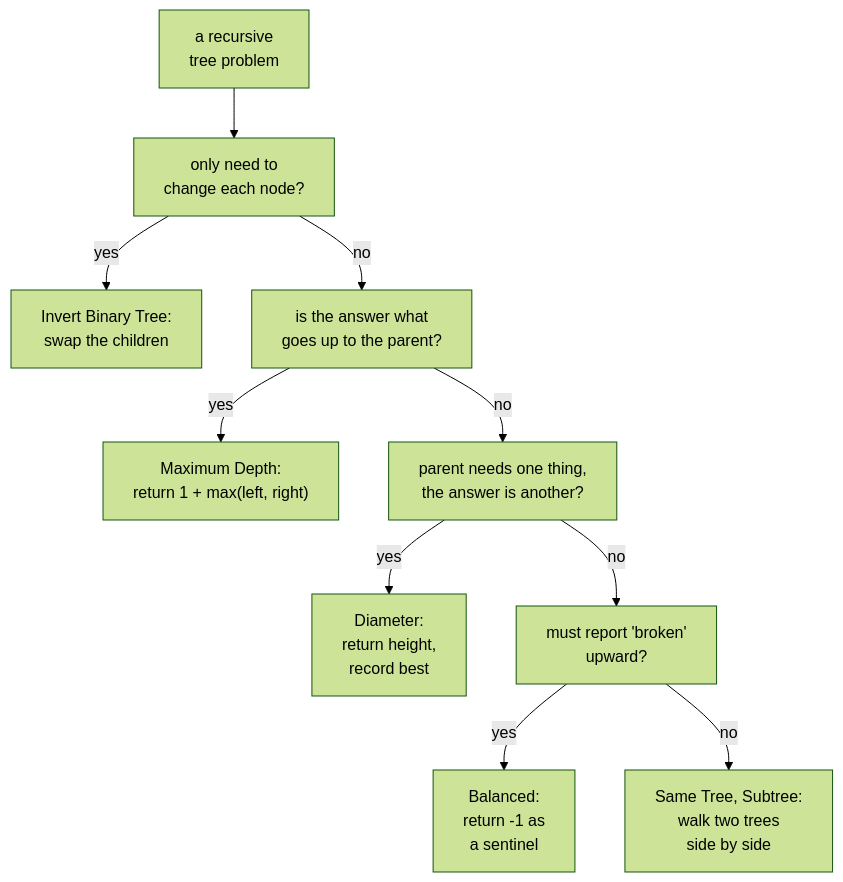
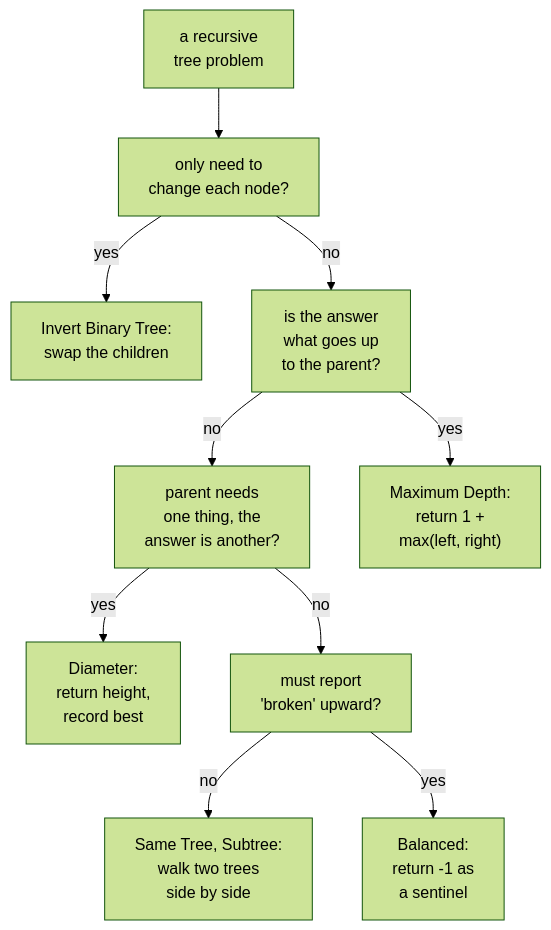
The diagram in content/en/posts/2026-11-25-neetcode-tree-recursion.md (duongbui234/software-engineering-atlas), drawn with Mermaid (forest theme) before and after one commit. The commit also changed 134 other files, not shown here.

First line of the commit message:
Fit every Mermaid diagram at 390px without sideways scroll (#56)

````diff
--- a/content/en/posts/2026-11-25-neetcode-tree-recursion.md
+++ b/content/en/posts/2026-11-25-neetcode-tree-recursion.md
@@ -58,12 +58,12 @@
 ```mermaid
 flowchart TB
   A["a recursive<br/>tree problem"] --> B["only need to<br/>change each node?"]
   B -->|"yes"| C["Invert Binary Tree:<br/>swap the children"]
-  B -->|"no"| D["is the answer what<br/>goes up to the parent?"]
-  D -->|"yes"| E["Maximum Depth:<br/>return 1 + max(left, right)"]
-  D -->|"no"| F["parent needs one thing,<br/>the answer is another?"]
+  B -->|"no"| D["is the answer<br/>what goes up<br/>to the parent?"]
+  D -->|"no"| F["parent needs<br/>one thing, the<br/>answer is another?"]
+  D -->|"yes"| E["Maximum Depth:<br/>return 1 +<br/>max(left, right)"]
   F -->|"yes"| G["Diameter:<br/>return height,<br/>record best"]
-  F -->|"no"| H["must report 'broken'<br/>upward?"]
+  F -->|"no"| H["must report<br/>'broken' upward?"]
+  H -->|"no"| J["Same Tree, Subtree:<br/>walk two trees<br/>side by side"]
   H -->|"yes"| I["Balanced:<br/>return -1 as<br/>a sentinel"]
-  H -->|"no"| J["Same Tree, Subtree:<br/>walk two trees<br/>side by side"]
 ```
````
